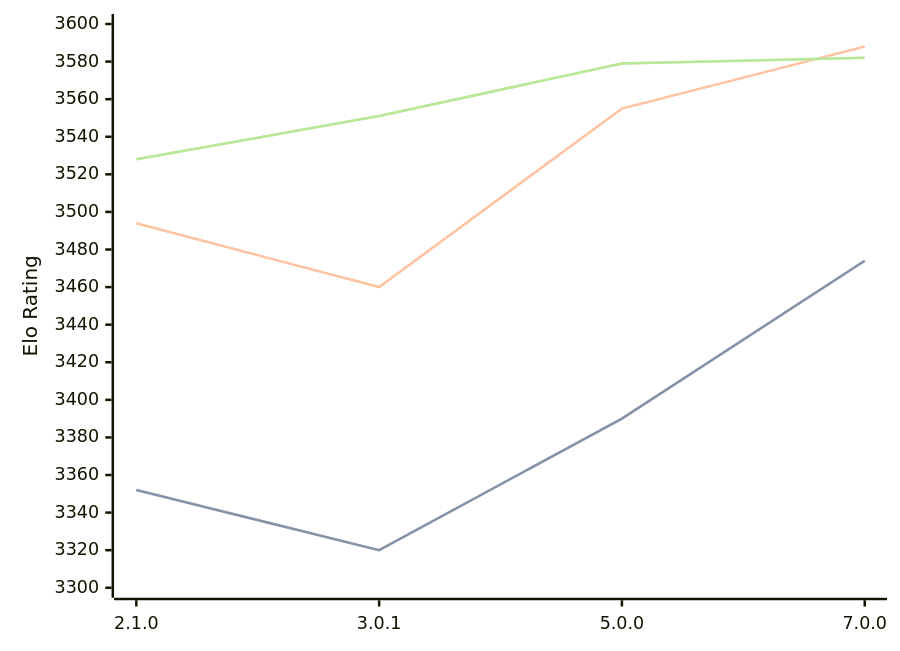
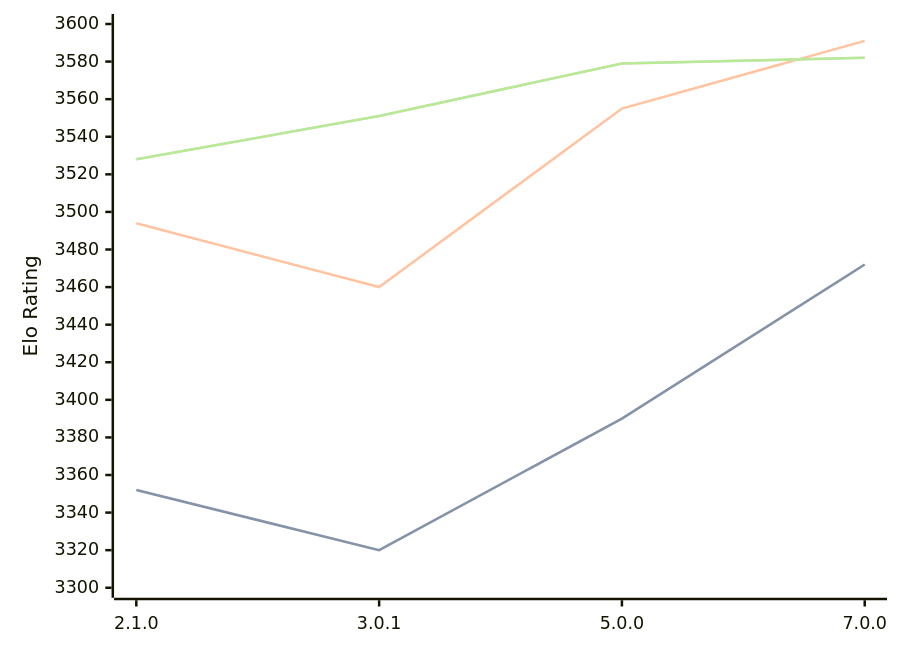
One commit to computer-chess-index/cci changed the diagram in engines/PlentyChess.md. Above: the diagram before and after it, drawn with Mermaid. The commit also changed other lines of this file, not shown here.

Commit message:
Update CCI Ratings (ELO VLTC) - 2026-04-09

````diff
--- a/engines/PlentyChess.md
+++ b/engines/PlentyChess.md
@@ -45,11 +45,11 @@
 ```mermaid
 %%{init: {"theme":"base","themeVariables":{"seriesColors:['#a3a3a3','#222221','#faa371']}}}%%
 xychart-beta
   x-axis ["2.1.0", "3.0.1", "5.0.0", "7.0.0"]
   y-axis "Elo Rating" 3300 --> 3600
-  line "STC (8.0+0.08s)" [3352, 3320, 3390, 3474]
-  line "STC (8.0+0.08s)" [3352, 3320, 3390, 3474]
-  line "LTC (60.0+0.60s)" [3494, 3460, 3555, 3588]
+  line "STC (8.0+0.08s)" [3352, 3320, 3390, 3472]
+  line "STC (8.0+0.08s)" [3352, 3320, 3390, 3472]
+  line "LTC (60.0+0.60s)" [3494, 3460, 3555, 3591]
   line "VLTC (2m24s+1.12s)" [3528, 3551, 3579, 3582]
   line "VLTC (2m24s+1.12s)" [3528, 3551, 3579, 3582]
 ```
````
